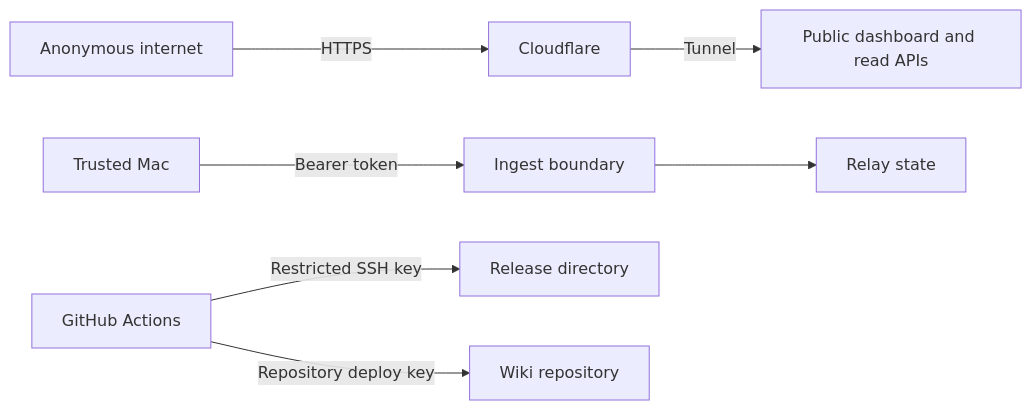
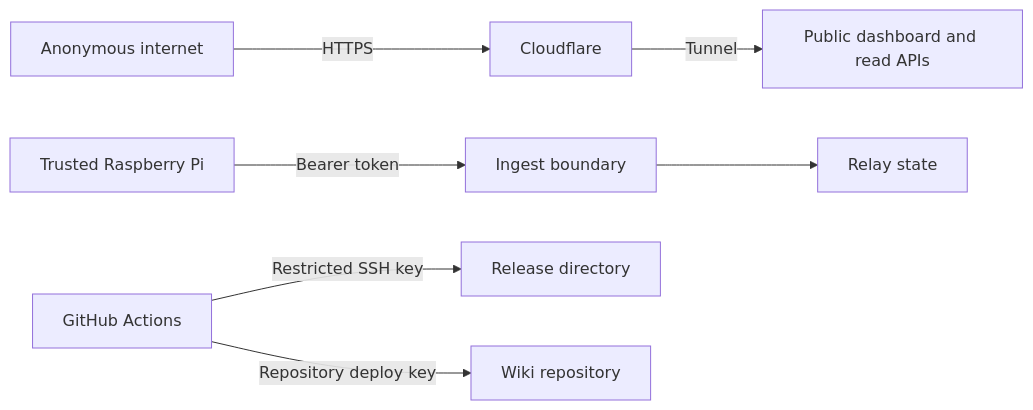
One commit to ramideltoro/antenna_observatory changed the diagram in wiki-site/docs/security.md. Above: the diagram before and after it, drawn with Mermaid. The commit also changed other lines of this file and 14 other files, not shown here.

````diff
--- a/wiki-site/docs/security.md
+++ b/wiki-site/docs/security.md
@@ -5,9 +5,9 @@
 ```mermaid
 flowchart LR
     Anonymous[Anonymous internet] -->|HTTPS| Edge[Cloudflare]
     Edge -->|Tunnel| Reads[Public dashboard and read APIs]
-    Mac[Trusted Mac] -->|Bearer token| Ingest[Ingest boundary]
+    Mac[Trusted Raspberry Pi] -->|Bearer token| Ingest[Ingest boundary]
     Ingest --> Relay[Relay state]
     Actions[GitHub Actions] -->|Restricted SSH key| Releases[Release directory]
     Actions -->|Repository deploy key| Wiki[Wiki repository]
 ```
````
